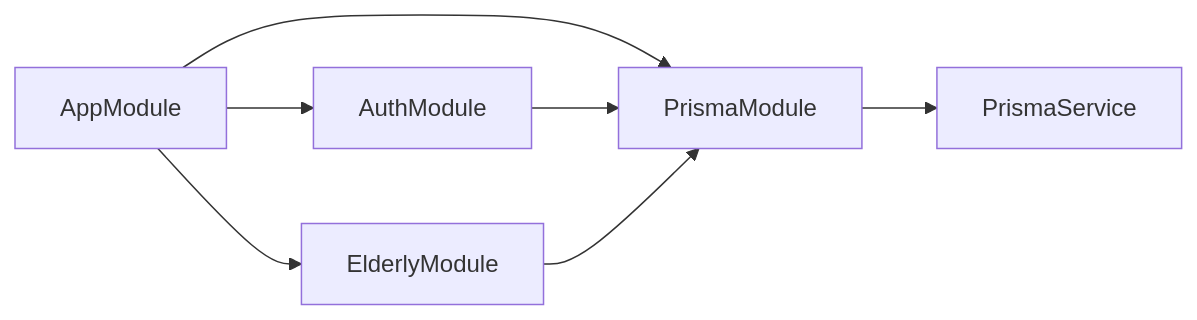
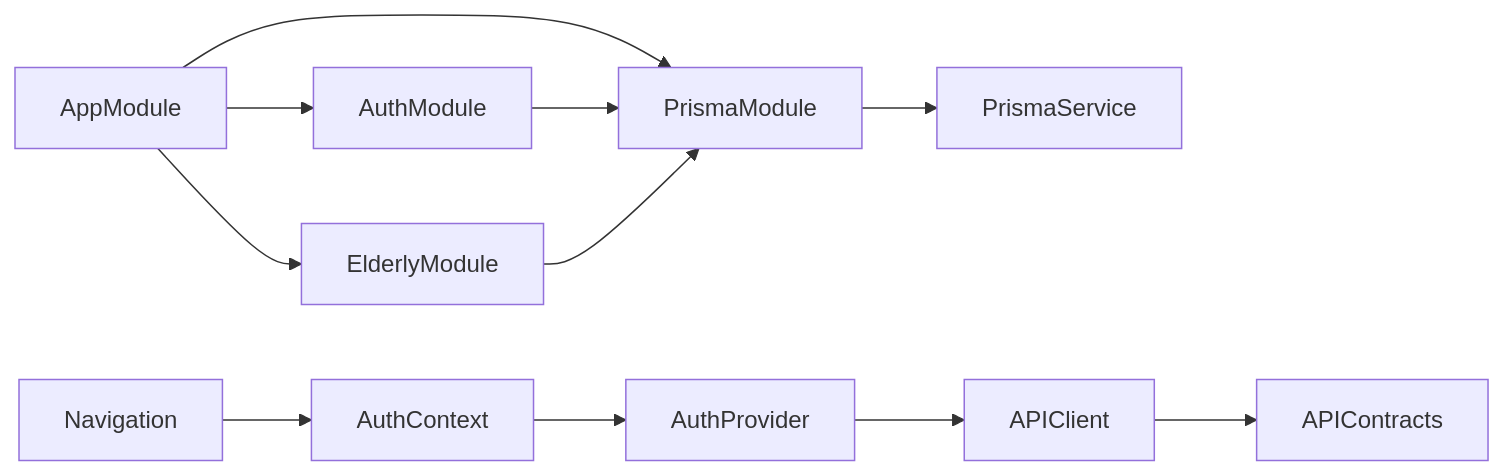
Diagram 14 of 14 in .qoder/repowiki/en/content/Testing & Deployment.md (jairosouza67/99-Pai), drawn with Mermaid before and after one commit. The commit also changed other lines of this file and 17 other files, not shown here.

````diff
--- a/.qoder/repowiki/en/content/Testing & Deployment.md
+++ b/.qoder/repowiki/en/content/Testing & Deployment.md
@@ -347,9 +625,13 @@
 ```mermaid
 graph LR
 AppModule --> AuthModule
 AppModule --> ElderlyModule
 AppModule --> PrismaModule
 AuthModule --> PrismaModule
 ElderlyModule --> PrismaModule
 PrismaModule --> PrismaService
+AuthContext --> AuthProvider
+AuthProvider --> APIClient
+APIClient --> APIContracts
+Navigation --> AuthContext
 ```
````
